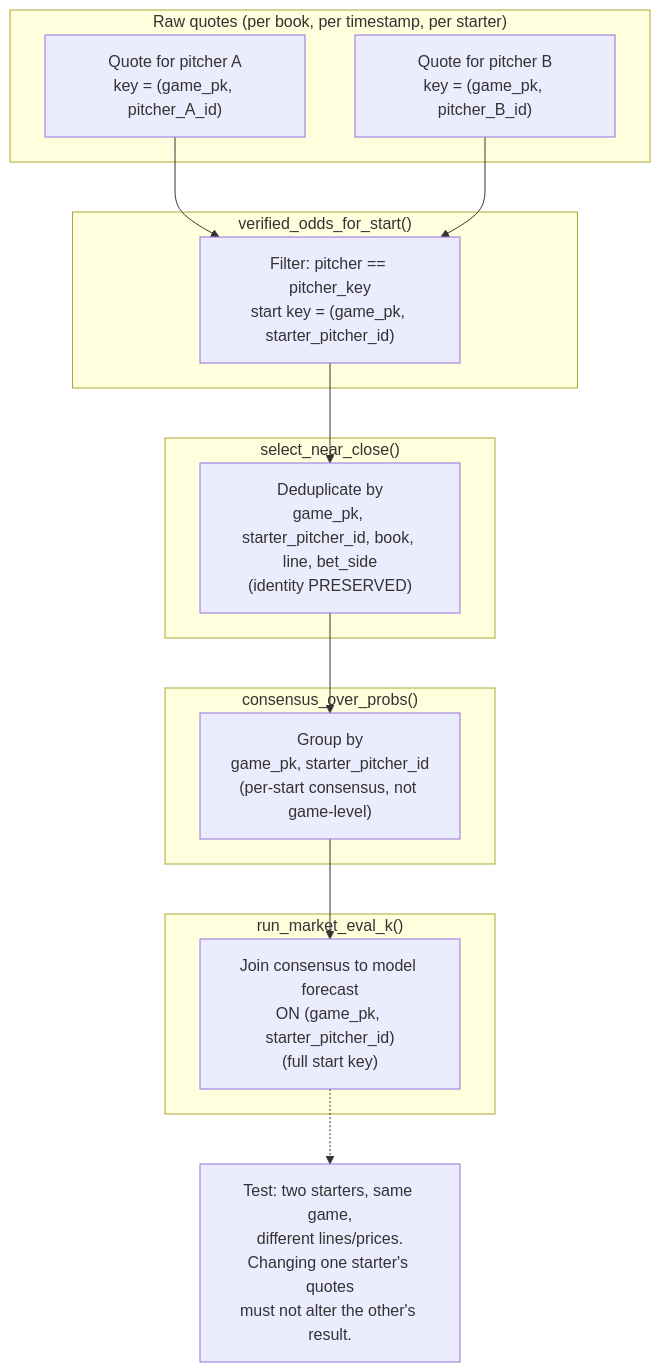
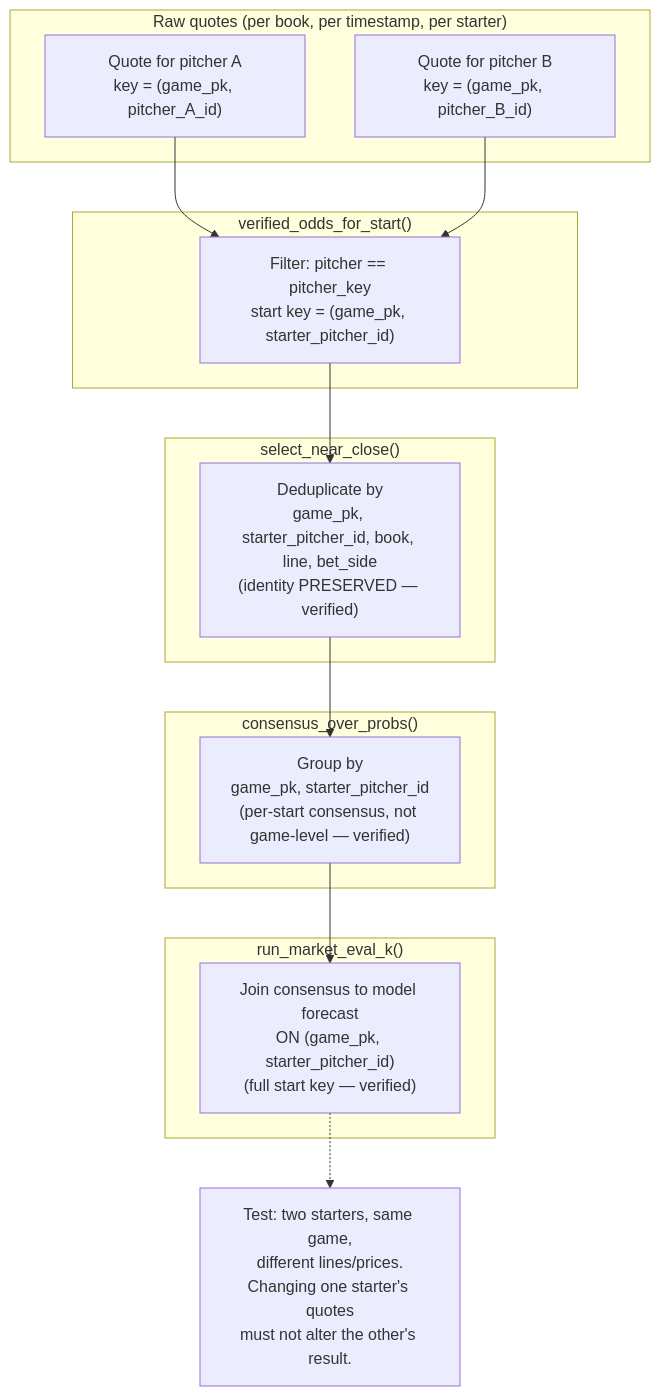
Before and after one commit to Cbkaplinger/MLB-Props: the second of 2 diagrams in docs/diagrams/18-market-identity-chain.md, drawn with Mermaid. The commit also changed other lines of this file and 1 other file, not shown here.

````diff
--- a/docs/diagrams/18-market-identity-chain.md
+++ b/docs/diagrams/18-market-identity-chain.md
@@ -62,32 +62,32 @@
 ```mermaid
 flowchart TB
     subgraph RAW["Raw quotes (per book, per timestamp, per starter)"]
         Q1["Quote for pitcher A<br/>key = (game_pk, pitcher_A_id)"]
         Q2["Quote for pitcher B<br/>key = (game_pk, pitcher_B_id)"]
     end
 
     subgraph VERIFY["verified_odds_for_start()"]
         V["Filter: pitcher == pitcher_key<br/>start key = (game_pk, starter_pitcher_id)"]
     end
 
     subgraph DEDUP["select_near_close()"]
-        D["Deduplicate by<br/>game_pk, starter_pitcher_id, book, line, bet_side<br/>(identity PRESERVED)"]
+        D["Deduplicate by<br/>game_pk, starter_pitcher_id, book, line, bet_side<br/>(identity PRESERVED — verified)"]
     end
 
     subgraph CONSENSUS["consensus_over_probs()"]
-        C["Group by<br/>game_pk, starter_pitcher_id<br/>(per-start consensus, not game-level)"]
+        C["Group by<br/>game_pk, starter_pitcher_id<br/>(per-start consensus, not game-level — verified)"]
     end
 
     subgraph JOIN["run_market_eval_k()"]
-        J["Join consensus to model forecast<br/>ON (game_pk, starter_pitcher_id)<br/>(full start key)"]
+        J["Join consensus to model forecast<br/>ON (game_pk, starter_pitcher_id)<br/>(full start key — verified)"]
     end
 
     Q1 --> V
     Q2 --> V
     V --> D
     D --> C
     C --> J
 
     T["Test: two starters, same game,<br/>different lines/prices.<br/>Changing one starter's quotes<br/>must not alter the other's result."]
     J -.-> T
 ```
````
